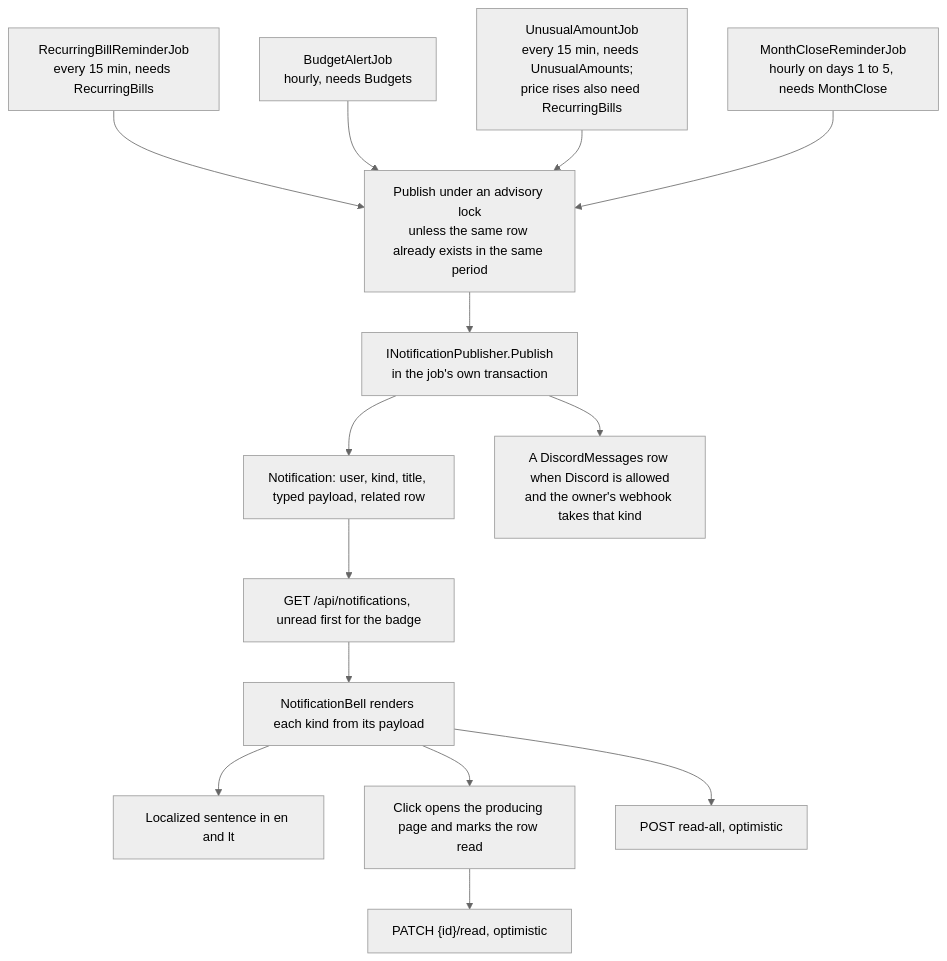
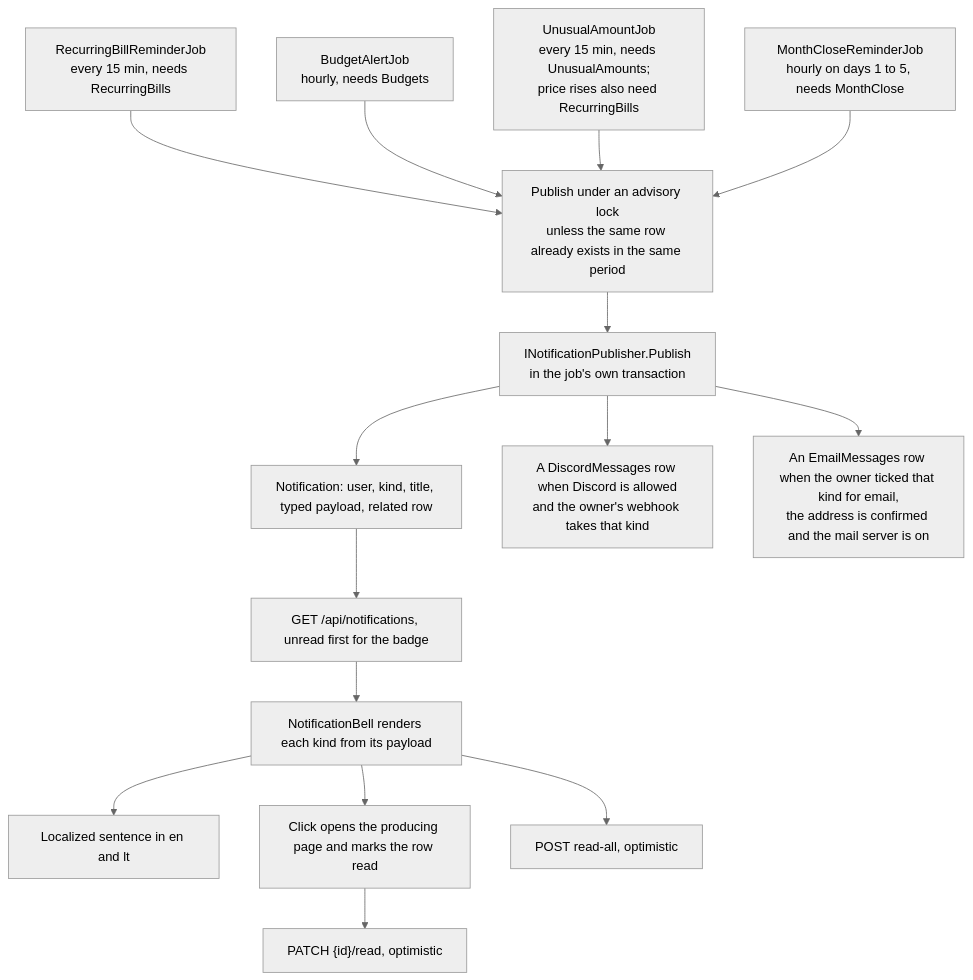
Before and after one commit to Justxs/Jx-Finance: the diagram in docs/features/notifications.md, drawn with Mermaid (neutral theme). The commit also changed other lines of this file and 138 other files, not shown here.

````diff
--- a/docs/features/notifications.md
+++ b/docs/features/notifications.md
@@ -7,16 +7,17 @@
 ```mermaid
 flowchart TD
     Bills["RecurringBillReminderJob<br/>every 15 min, needs RecurringBills"] --> Dedupe
     Budgets["BudgetAlertJob<br/>hourly, needs Budgets"] --> Dedupe
     Unusual["UnusualAmountJob<br/>every 15 min, needs UnusualAmounts;<br/>price rises also need RecurringBills"] --> Dedupe
     Close["MonthCloseReminderJob<br/>hourly on days 1 to 5, needs MonthClose"] --> Dedupe
     Dedupe["Publish under an advisory lock<br/>unless the same row already exists in the same period"] --> Pub["INotificationPublisher.Publish<br/>in the job's own transaction"]
     Pub --> Row["Notification: user, kind, title, typed payload, related row"]
     Pub --> Discord["A DiscordMessages row when Discord is allowed<br/>and the owner's webhook takes that kind"]
+    Pub --> Email["An EmailMessages row when the owner ticked that kind for email,<br/>the address is confirmed and the mail server is on"]
     Row --> List["GET /api/notifications, unread first for the badge"]
     List --> Bell["NotificationBell renders each kind from its payload"]
     Bell --> Text["Localized sentence in en and lt"]
     Bell --> Link["Click opens the producing page and marks the row read"]
     Link --> Read["PATCH {id}/read, optimistic"]
     Bell --> All["POST read-all, optimistic"]
 ```
````
